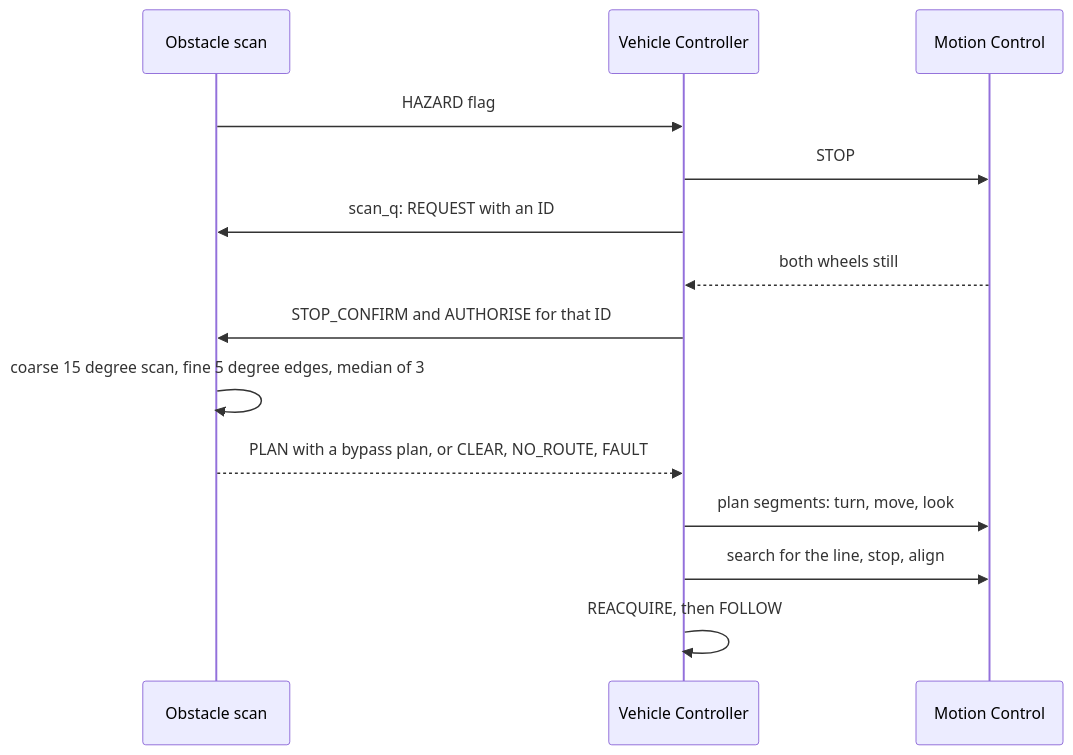
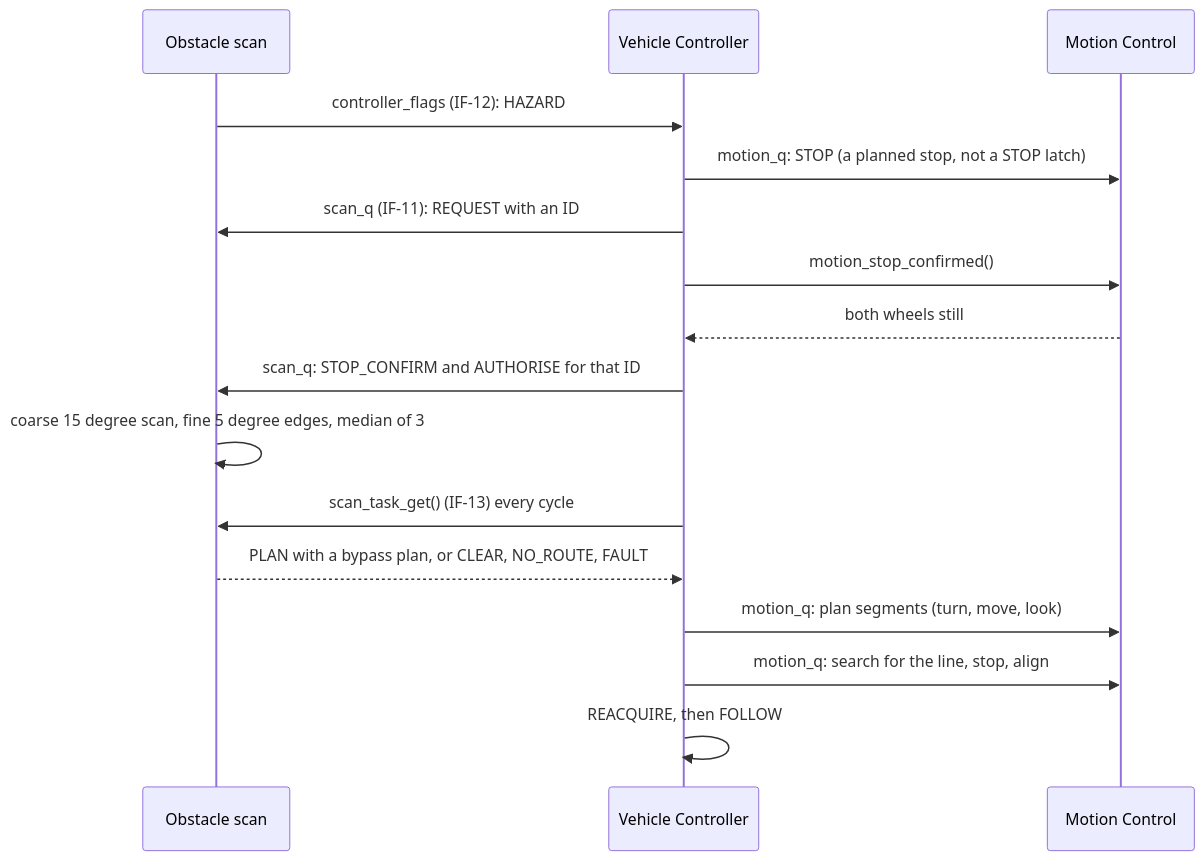
One commit to timothyckl/INF2004-P2-08-RobotCar changed the sixth of 7 diagrams in docs/final_architecture.md. Above: the diagram before and after it, drawn with Mermaid. The commit also changed other lines of this file, not shown here.

First line of the commit message:
docs(architecture): separate message, flag, call and hardware arrows

````diff
--- a/docs/final_architecture.md
+++ b/docs/final_architecture.md
@@ -204,16 +258,18 @@
 ```mermaid
 sequenceDiagram
   participant S5 as Obstacle scan
   participant C as Vehicle Controller
   participant M as Motion Control
-  S5->>C: HAZARD flag
-  C->>M: STOP
-  C->>S5: scan_q: REQUEST with an ID
+  S5->>C: controller_flags (IF-12): HAZARD
+  C->>M: motion_q: STOP (a planned stop, not a STOP latch)
+  C->>S5: scan_q (IF-11): REQUEST with an ID
+  C->>M: motion_stop_confirmed()
   M-->>C: both wheels still
-  C->>S5: STOP_CONFIRM and AUTHORISE for that ID
+  C->>S5: scan_q: STOP_CONFIRM and AUTHORISE for that ID
   S5->>S5: coarse 15 degree scan, fine 5 degree edges, median of 3
+  C->>S5: scan_task_get() (IF-13) every cycle
   S5-->>C: PLAN with a bypass plan, or CLEAR, NO_ROUTE, FAULT
-  C->>M: plan segments: turn, move, look
-  C->>M: search for the line, stop, align
+  C->>M: motion_q: plan segments (turn, move, look)
+  C->>M: motion_q: search for the line, stop, align
   C->>C: REACQUIRE, then FOLLOW
 ```
````
